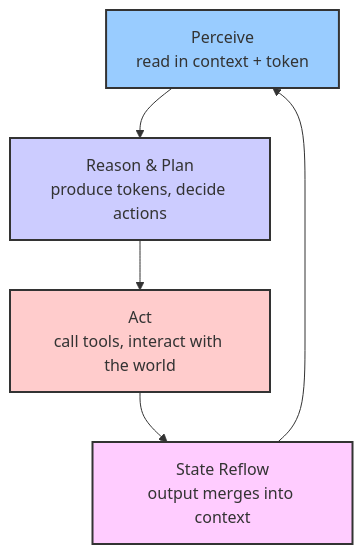
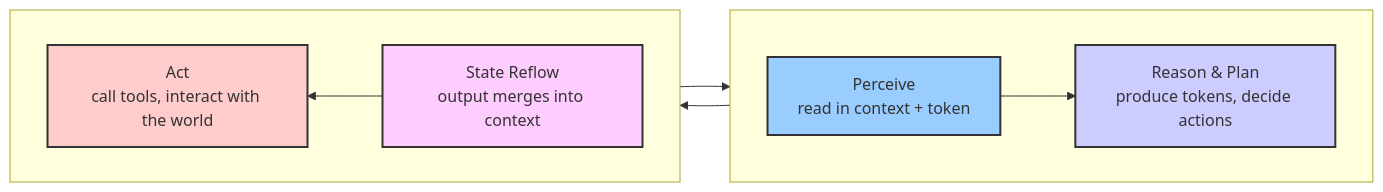
One commit to pinpawo/pinpawo-agent changed the second of 2 diagrams in README.md. Above: the diagram before and after it, drawn with Mermaid. The commit also changed other lines of this file, not shown here.

Commit message:
docs: reshape cycle diagrams into true rectangular loops using subgraph layout

````diff
--- a/README.md
+++ b/README.md
@@ -35,11 +41,17 @@
 ```mermaid
-flowchart TD
-    P["Perceive<br/>read in context + token"] --> R["Reason & Plan<br/>produce tokens, decide actions"]
-    R --> A["Act<br/>call tools, interact with the world"]
-    A --> SR["State Reflow<br/>output merges into context"]
+flowchart LR
+    subgraph TOP [" "]
+        direction LR
+        P["Perceive<br/>read in context + token"] --> R["Reason & Plan<br/>produce tokens, decide actions"]
+    end
+    subgraph BOTTOM [" "]
+        direction RL
+        SR["State Reflow<br/>output merges into context"] --> A["Act<br/>call tools, interact with the world"]
+    end
+    R --> A
     SR --> P
     style P fill:#9cf,stroke:#333,stroke-width:2px
     style R fill:#ccf,stroke:#333,stroke-width:2px
     style A fill:#fcc,stroke:#333,stroke-width:2px
     style SR fill:#fcf,stroke:#333,stroke-width:2px
 ```
````
